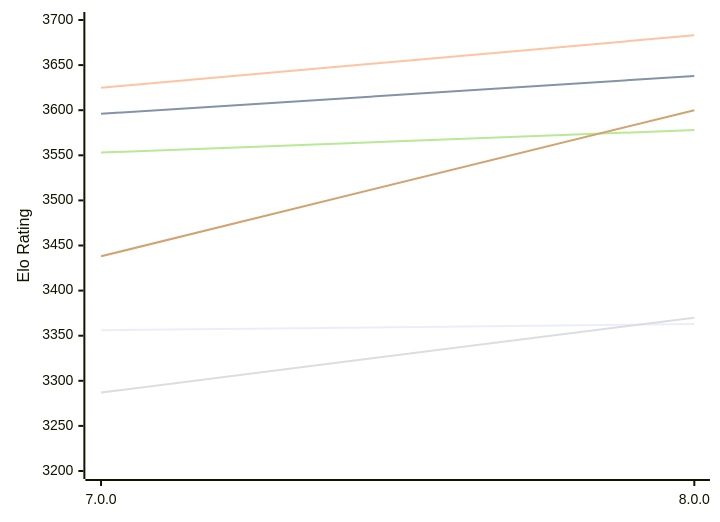
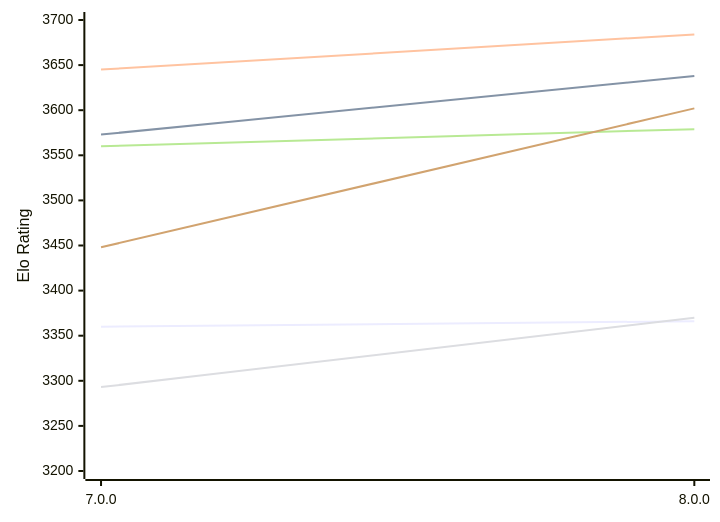
The first of 2 diagrams in engines/Stormphrax.md (computer-chess-index/cci), drawn with Mermaid before and after one commit. The commit also changed other lines of this file, not shown here.

Commit message:
Update CCI Ratings (ELO VLTC) - 2026-11-17

````diff
--- a/engines/Stormphrax.md
+++ b/engines/Stormphrax.md
@@ -52,12 +52,12 @@
 ```mermaid
 %%{init: {"theme":"base","themeVariables":{"seriesColors:['#a3a3a3','#222221','#faa371']}}}%%
 xychart-beta
   x-axis ["7.0.0", "8.0.0"]
   y-axis "Elo Rating" 3200 --> 3700
-  line "E1: STC (8.0+0.08s)" [3356, 3363]
-  line "E1: LTC (60.0+0.60s)" [3596, 3638]
-  line "E1: VLTC (2m24s+1.12s)" [3625, 3683]
-  line "P1: STC (8.0+0.08s)" [3287, 3370]
-  line "P1: LTC (60.0+0.60s)" [3553, 3578]
-  line "P1: VLTC (2m24s+1.12s)" [3438, 3600]
+  line "E1: STC (8.0+0.08s)" [3360, 3366]
+  line "E1: LTC (60.0+0.60s)" [3573, 3638]
+  line "E1: VLTC (2m24s+1.12s)" [3645, 3684]
+  line "P1: STC (8.0+0.08s)" [3293, 3370]
+  line "P1: LTC (60.0+0.60s)" [3560, 3579]
+  line "P1: VLTC (2m24s+1.12s)" [3448, 3602]
 ```
````
